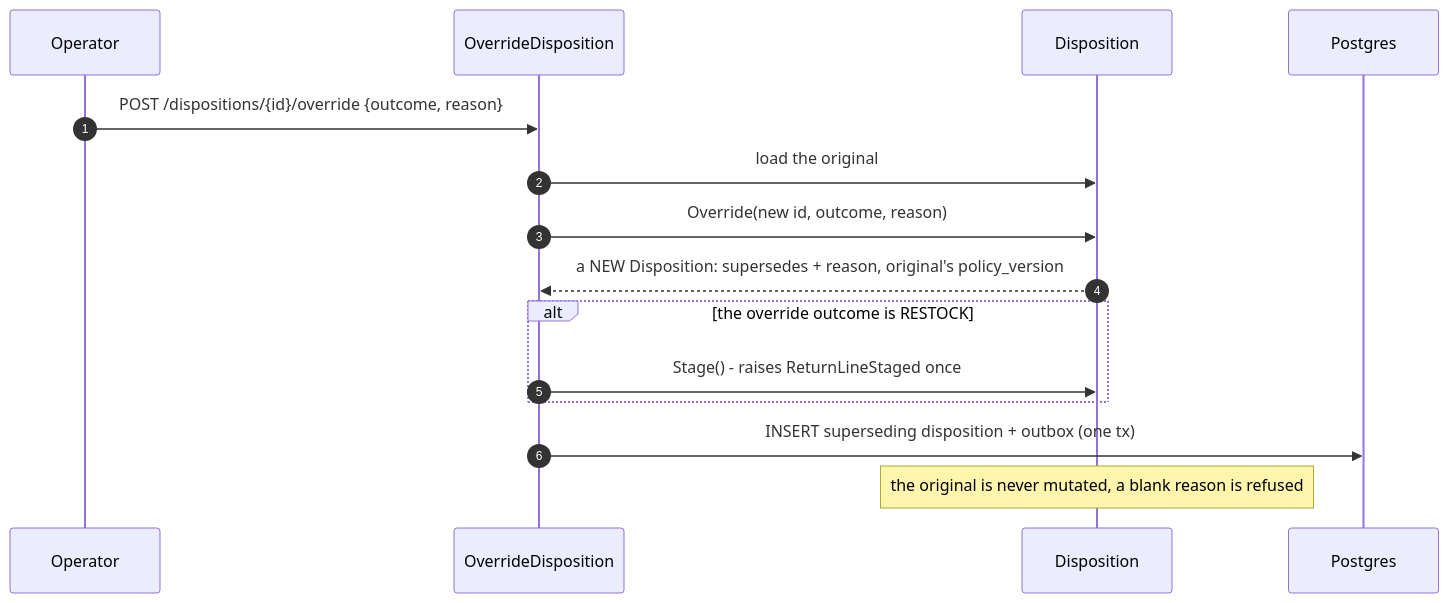
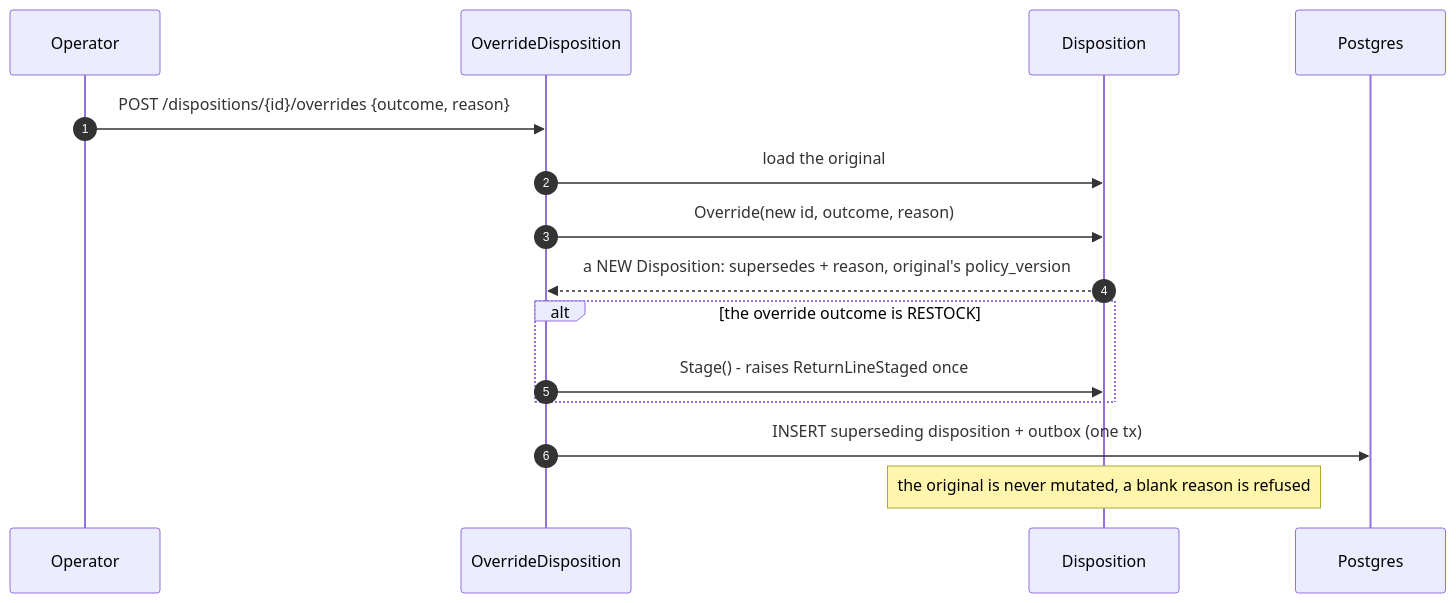
The fifth of 7 diagrams in docs/contexts/returns-processing/sequence-diagrams.md (IQVO/warehouse-docs), drawn with Mermaid before and after one commit. The commit also changed other lines of this file and 272 other files, not shown here.

````diff
--- a/docs/contexts/returns-processing/sequence-diagrams.md
+++ b/docs/contexts/returns-processing/sequence-diagrams.md
@@ -129,18 +129,18 @@
 ```mermaid
 sequenceDiagram
     autonumber
     participant O as Operator
     participant UC as OverrideDisposition
     participant D as Disposition
     participant PG as Postgres
 
-    O->>UC: POST /dispositions/{id}/override {outcome, reason}
+    O->>UC: POST /dispositions/{id}/overrides {outcome, reason}
     UC->>D: load the original
     UC->>D: Override(new id, outcome, reason)
     D-->>UC: a NEW Disposition: supersedes + reason, original's policy_version
     alt the override outcome is RESTOCK
         UC->>D: Stage() - raises ReturnLineStaged once
     end
     UC->>PG: INSERT superseding disposition + outbox (one tx)
     Note over D: the original is never mutated, a blank reason is refused
 ```
````
